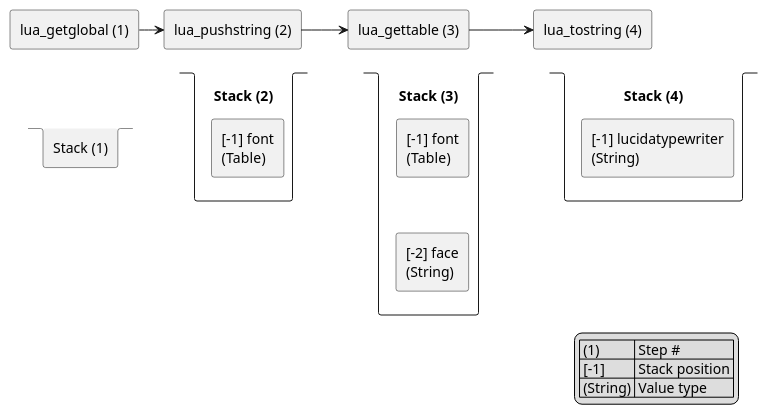
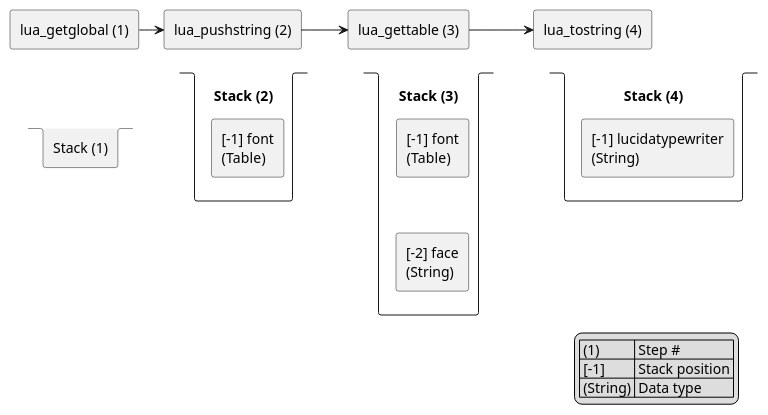
The second of 2 diagrams in _drafts/embedding-other-languages.adoc (unexist/blog), drawn with PlantUML before and after one commit. The commit also changed other lines of this file, not shown here.

```diff
--- a/_drafts/embedding-other-languages.adoc
+++ b/_drafts/embedding-other-languages.adoc
@@ -587,58 +568,58 @@
 [plantuml]
 ----
 '!theme unexist from {{ site.asciidoctor_attributes.plantumldir }}
 
 skinparam linetype ortho
 skinparam nodesep 20
 skinparam ranksep 20
 
 together {
     rectangle "lua_getglobal (1)" as l1
     stack "Stack (1)" as s1
 }
 
 together {
     rectangle "lua_pushstring (2)" as l2
     stack "Stack (2)" as s2 {
         rectangle "[-1] font\n(Table)"
     }
 }
 
 together {
     rectangle "lua_gettable (3)" as l3
     stack "Stack (3)" as s3 {
         rectangle "[-1] font\n(Table)" as s3_font
         rectangle "[-2] face\n(String)"  as s3_face
     }
 }
 
 together {
     rectangle "lua_tostring (4)" as l4
     stack "Stack (4)" as s4 {
         rectangle "[-1] lucidatypewriter\n(String)" as s4_luci
     }
 }
 
 legend right
     | (1) | Step # |
     | [-1] | Stack position |
-    | (String) | Value type |
+    | (String) | Data type |
 endlegend
 
 ' Placement
 s3_font -[hidden]d-> s3_face
 
 s1 -[hidden]r-> s2
 s2 -[hidden]r-> s3
 s3 -[hidden]r-> s4
 
 l1 -[hidden]d-> s1
 l2 -[hidden]d-> s2
 l3 -[hidden]d-> s3
 l4 -[hidden]d-> s4
 
 ' Arrows
 l1 -r--> l2
 l2 -r--> l3
 l3 -r--> l4
 ----
```
